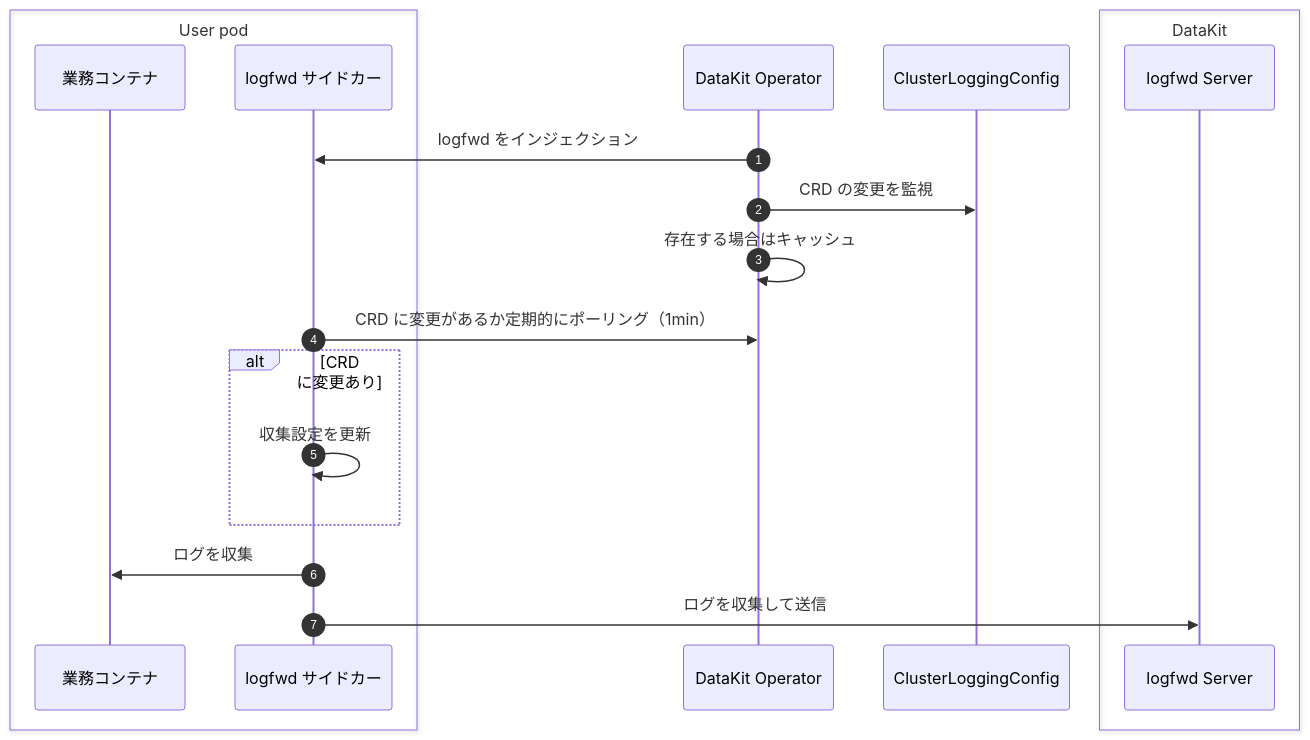
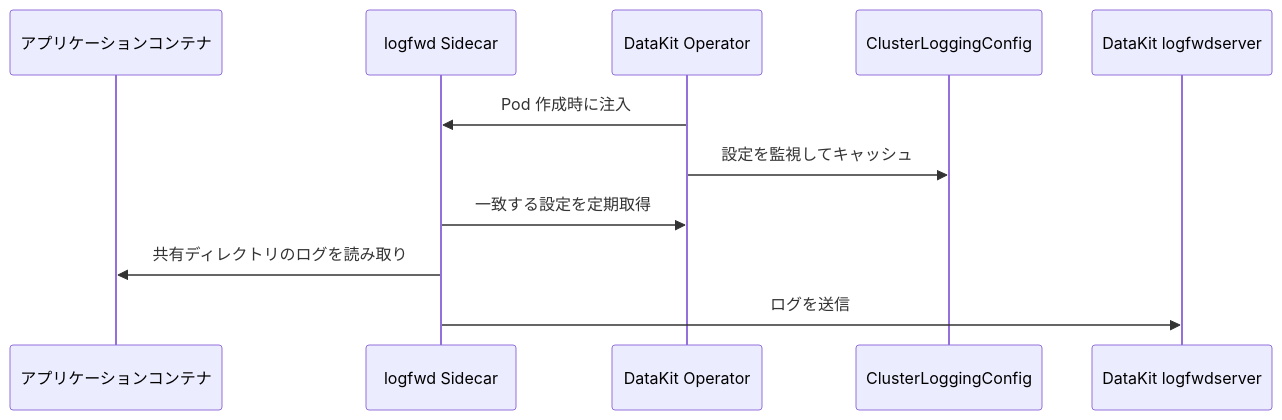
Before and after one commit to GuanceCloud/datakit-operator: the diagram in export/ja/operator-logfwd.md, drawn with Mermaid. The commit also changed other lines of this file and 55 other files, not shown here.

````diff
--- a/export/ja/operator-logfwd.md
+++ b/export/ja/operator-logfwd.md
@@ -8,28 +7,14 @@
 ```mermaid
 sequenceDiagram
-autonumber
+    participant App as アプリケーションコンテナ
+    participant Sidecar as logfwd Sidecar
+    participant Operator as DataKit Operator
+    participant CRD as ClusterLoggingConfig
+    participant DataKit as DataKit logfwdserver
 
-box User pod
-participant container as 業務コンテナ
-participant logfwd as logfwd サイドカー
-end
-
-participant opr as DataKit Operator
-participant crd as ClusterLoggingConfig
-
-box DataKit
-participant logfwds as logfwd Server
-end
-
-opr ->> logfwd: logfwd をインジェクション
-opr ->> crd: CRD の変更を監視
-opr ->> opr: 存在する場合はキャッシュ
-logfwd ->> opr: CRD に変更があるか定期的にポーリング（1min）
-
-alt CRD に変更あり
-logfwd ->> logfwd: 収集設定を更新
-end
-
-logfwd ->> container: ログを収集
-logfwd ->> logfwds: ログを収集して送信
+    Operator->>Sidecar: Pod 作成時に注入
+    Operator->>CRD: 設定を監視してキャッシュ
+    Sidecar->>Operator: 一致する設定を定期取得
+    Sidecar->>App: 共有ディレクトリのログを読み取り
+    Sidecar->>DataKit: ログを送信
 ```
````
